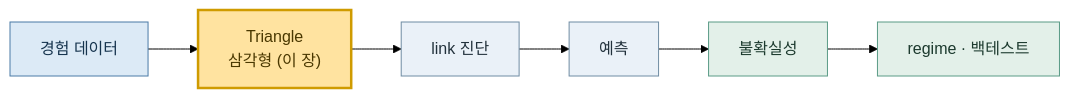
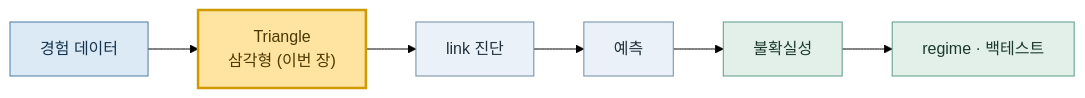
One commit to seokhoonj/lossratio changed the diagram in docs/tutorial/01-triangle.md. Above: the diagram before and after it, drawn with Mermaid (forest theme). The commit also changed 3 other files, not shown here.

First line of the commit message:
docs: use 이번 장 for the current-chapter marker in the flow diagrams

````diff
--- a/docs/tutorial/01-triangle.md
+++ b/docs/tutorial/01-triangle.md
@@ -16,16 +16,16 @@
 ```{mermaid}
 flowchart LR
-  A["경험 데이터"] --> B["Triangle<br/>삼각형 (이 장)"]
+  A["경험 데이터"] --> B["Triangle<br/>삼각형 (이번 장)"]
   B --> C["link 진단"]
   C --> D["예측"]
   D --> E["불확실성"]
   E --> F["regime · 백테스트"]
   classDef data fill:#dceaf6,stroke:#4a7ba6,color:#16344e
   classDef estimate fill:#eaf1f8,stroke:#6f8ca3,color:#22313c
   classDef validate fill:#e3f0e9,stroke:#5a9b86,color:#1c3a2e
   classDef current fill:#ffe3a0,stroke:#cf9b00,color:#4a3800,stroke-width:2.5px
   class A data
   class B,C,D estimate
   class E,F validate
   class B current
 ```
````
